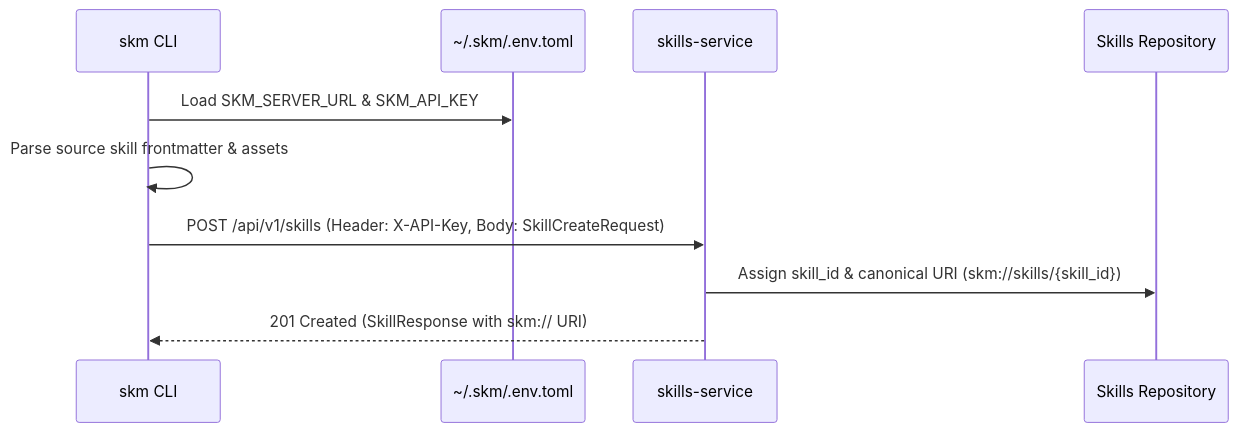
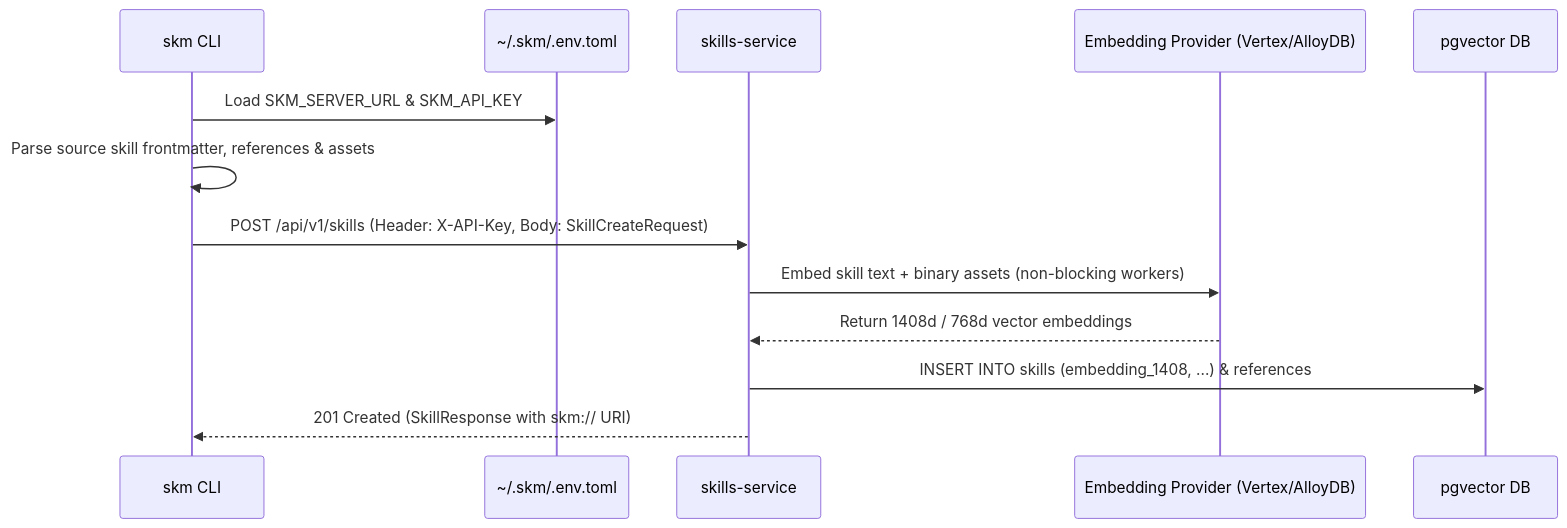
Before and after one commit to retail-cortex/skills: the diagram in docs/content/cli/skill_registration.md, drawn with Mermaid. The commit also changed other lines of this file and 166 other files, not shown here.

````diff
--- a/docs/content/cli/skill_registration.md
+++ b/docs/content/cli/skill_registration.md
@@ -28,13 +45,16 @@
 ```mermaid
 sequenceDiagram
     participant CLI as skm CLI
     participant Config as ~/.skm/.env.toml
     participant Server as skills-service
-    participant DB as Skills Repository
+    participant Embed as Embedding Provider (Vertex/AlloyDB)
+    participant DB as pgvector DB
 
     CLI->>Config: Load SKM_SERVER_URL & SKM_API_KEY
-    CLI->>CLI: Parse source skill frontmatter & assets
+    CLI->>CLI: Parse source skill frontmatter, references & assets
     CLI->>Server: POST /api/v1/skills (Header: X-API-Key, Body: SkillCreateRequest)
-    Server->>DB: Assign skill_id & canonical URI (skm://skills/{skill_id})
+    Server->>Embed: Embed skill text + binary assets (non-blocking workers)
+    Embed-->>Server: Return 1408d / 768d vector embeddings
+    Server->>DB: INSERT INTO skills (embedding_1408, ...) & references
     Server-->>CLI: 201 Created (SkillResponse with skm:// URI)
 ```
````
